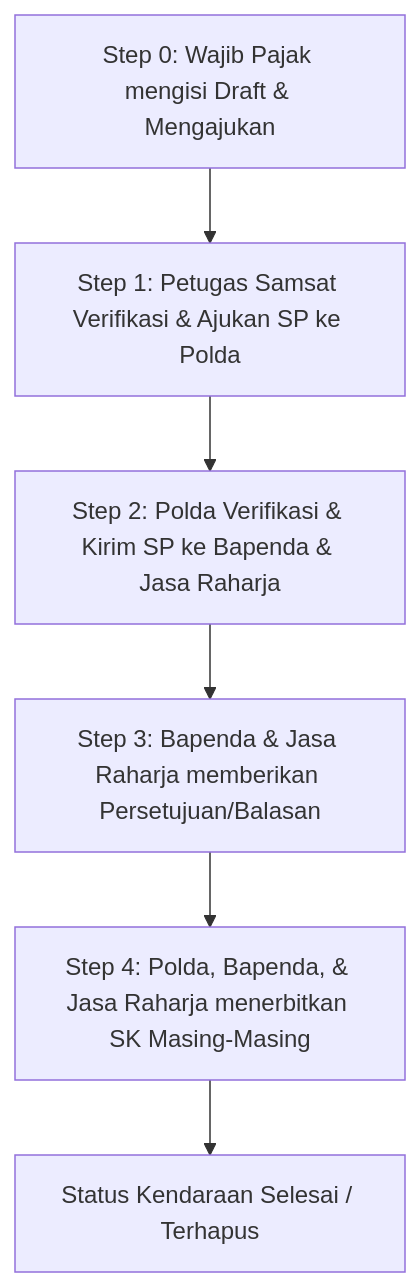
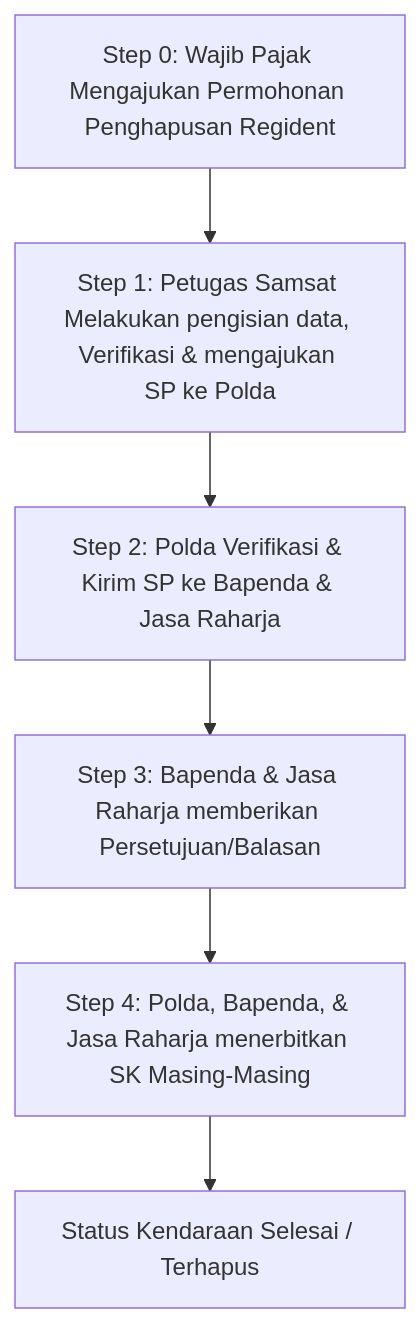
One commit to bagaswap111/sip-hapus-docs changed the diagram in docs/index.md. Above: the diagram before and after it, drawn with Mermaid. The commit also changed 3 other files, not shown here.

````diff
--- a/docs/index.md
+++ b/docs/index.md
@@ -21,8 +21,9 @@
 ```mermaid
 graph TD
-    A[Step 0: Wajib Pajak mengisi Draft & Mengajukan] --> B[Step 1: Petugas Samsat Verifikasi & Ajukan SP ke Polda]
+    A[Step 0: Wajib Pajak Mengajukan Permohonan Penghapusan Regident] 
+    A --> B[Step 1: Petugas Samsat Melakukan pengisian data, Verifikasi & mengajukan SP ke Polda]
     B --> C[Step 2: Polda Verifikasi & Kirim SP ke Bapenda & Jasa Raharja]
     C --> D[Step 3: Bapenda & Jasa Raharja memberikan Persetujuan/Balasan]
     D --> E[Step 4: Polda, Bapenda, & Jasa Raharja menerbitkan SK Masing-Masing]
     E --> F[Status Kendaraan Selesai / Terhapus]
 ```
````
